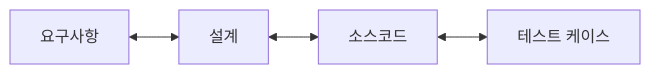
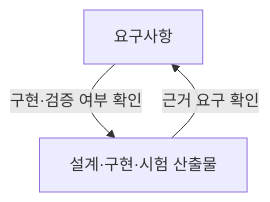
The first of 2 diagrams in src/content/docs/notes/itpe/02-software-engineering/102_requirement_traceability_matrix.md (agnusdei1207/study), drawn with Mermaid before and after one commit. The commit also changed other lines of this file and 31 other files, not shown here.

````diff
--- a/src/content/docs/notes/itpe/02-software-engineering/102_requirement_traceability_matrix.md
+++ b/src/content/docs/notes/itpe/02-software-engineering/102_requirement_traceability_matrix.md
@@ -38,4 +53,5 @@
 ```mermaid
-flowchart LR
-    R["요구사항"] <--> D["설계"] <--> S["소스코드"] <--> T["테스트 케이스"]
+flowchart TD
+    R["요구사항"] -->|구현·검증 여부 확인| A["설계·구현·시험 산출물"]
+    A -->|근거 요구 확인| R
 ```
````
